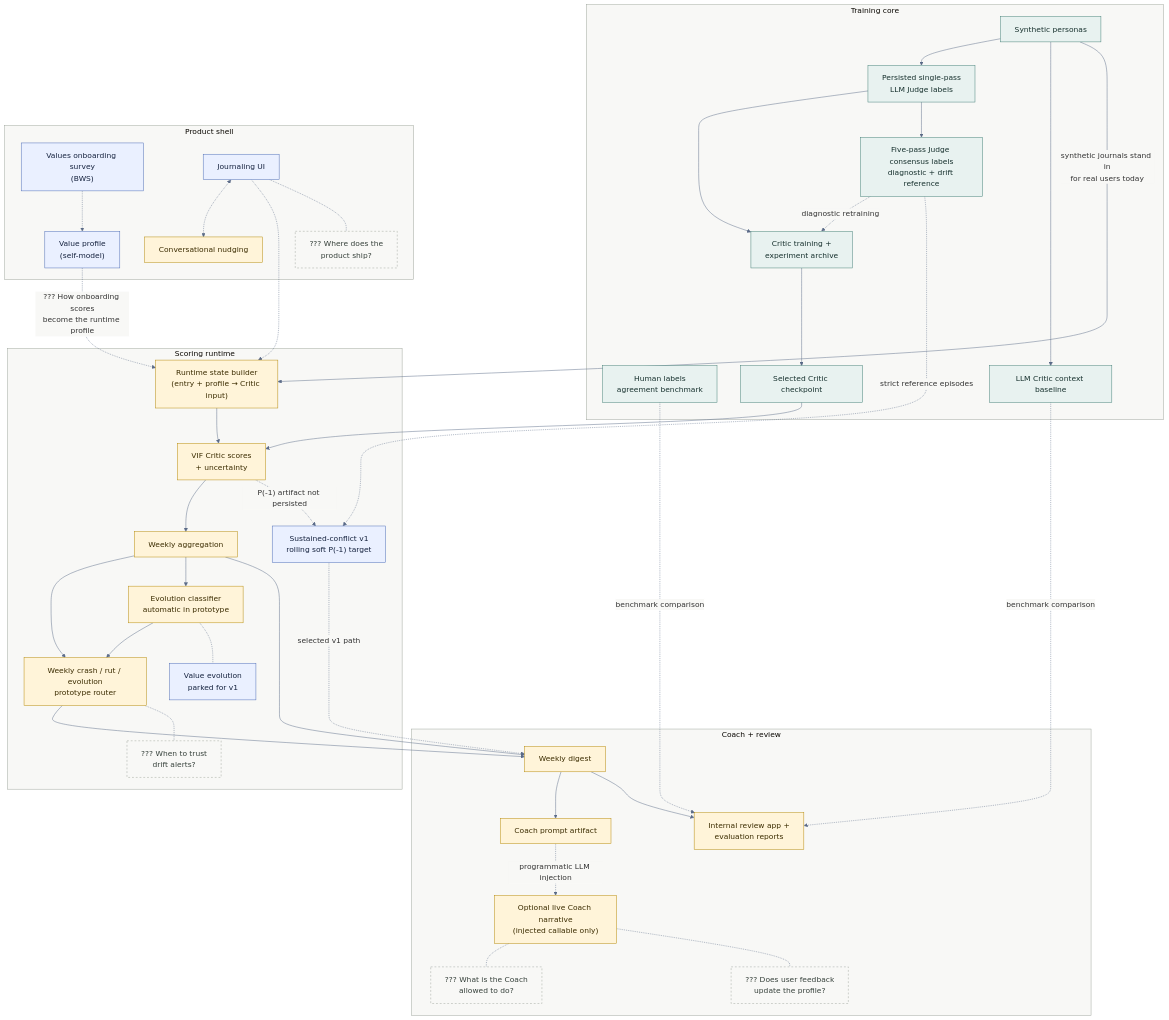
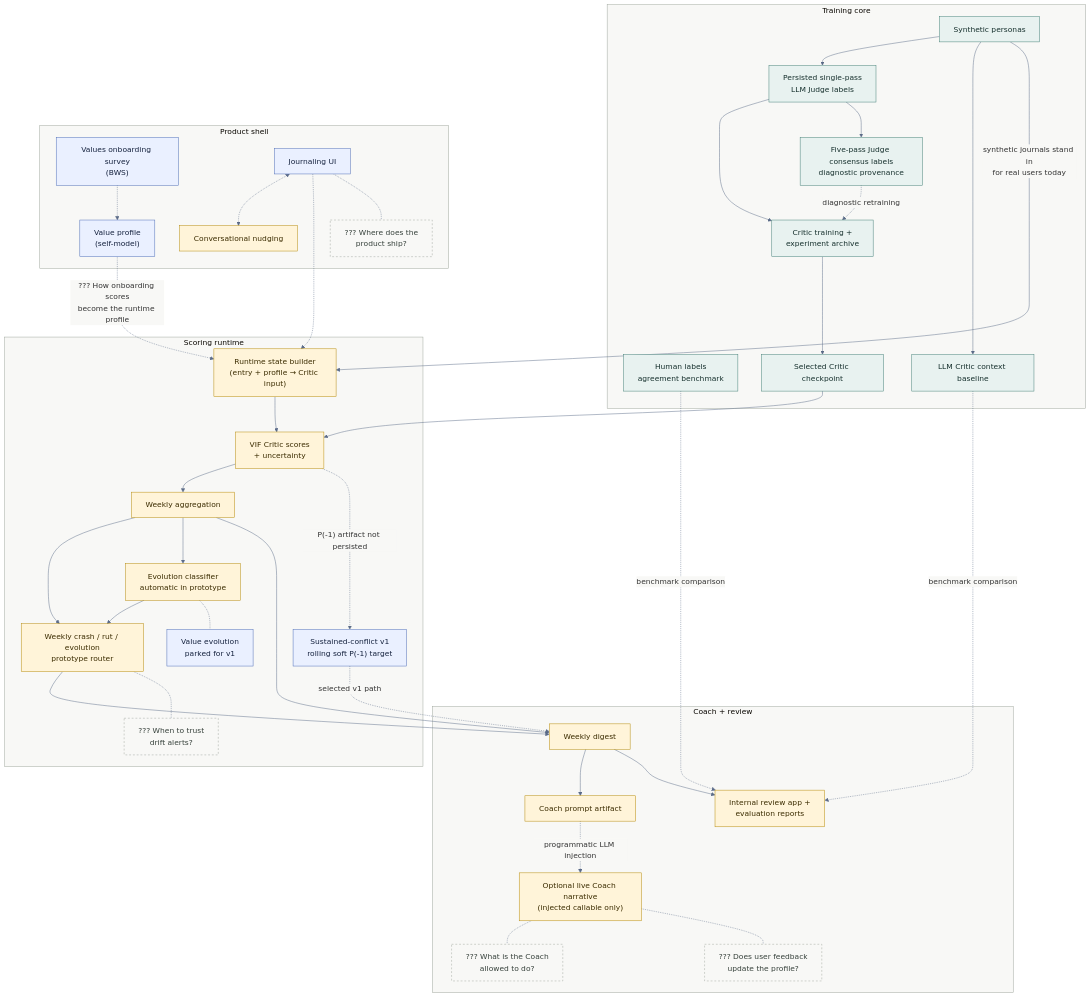
One commit to DesmondChoy/twinkl changed the diagram in docs/architecture/e2e_architecture.md. Above: the diagram before and after it, drawn with Mermaid. The commit also changed other lines of this file and 137 other files, not shown here.

```diff
--- a/docs/architecture/e2e_architecture.md
+++ b/docs/architecture/e2e_architecture.md
@@ -35,7 +35,7 @@
     subgraph training["Training core"]
         personas["Synthetic personas"]
         judge["Persisted single-pass<br/>LLM Judge labels"]
-        consensus["Five-pass Judge consensus labels<br/>diagnostic + drift reference"]
+        consensus["Five-pass Judge consensus labels<br/>diagnostic provenance"]
         annotation["Human labels<br/>agreement benchmark"]
         critic_train["Critic training +<br/>experiment archive"]
         checkpoint["Selected Critic checkpoint"]
@@ -94,7 +94,6 @@
     state --> scores --> weekly --> drift
     weekly --> evolution --> drift
     scores -. "P(-1) artifact not persisted" .-> drift_v1
-    consensus -. "strict reference episodes" .-> drift_v1
 
     %% Coach + review (wired, experimental)
     drift --> digest
```
